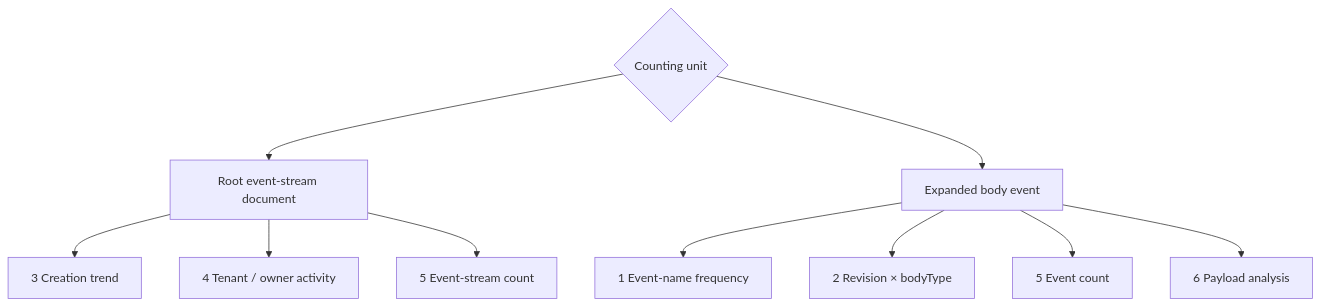
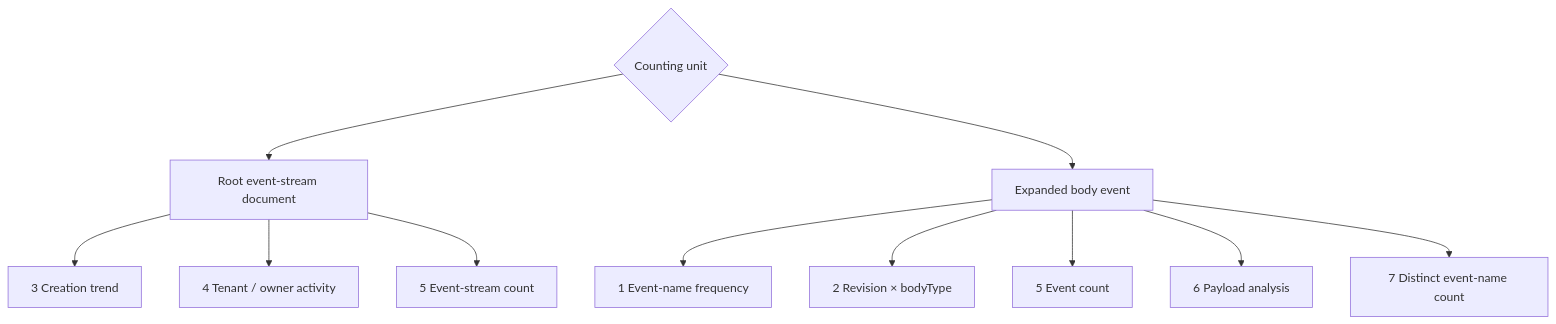
The diagram in documentation/docs/en/guide/query/event-stream-aggregation.md (Ahoo-Wang/Wow), drawn with Mermaid before and after one commit. The commit also changed other lines of this file and 34 other files, not shown here.

First line of the commit message:
feat(query): add distinct count, stddev, variance, median and percentile aggregation metrics (#3233)

````diff
--- a/documentation/docs/en/guide/query/event-stream-aggregation.md
+++ b/documentation/docs/en/guide/query/event-stream-aggregation.md
@@ -28,12 +28,13 @@
 ```mermaid
 flowchart TB
     Unit{"Counting unit"} --> Root["Root event-stream document"]
     Unit --> Event["Expanded body event"]
     Root --> S3["3 Creation trend"]
     Root --> S4["4 Tenant / owner activity"]
     Root --> S5Root["5 Event-stream count"]
     Event --> S1["1 Event-name frequency"]
     Event --> S2["2 Revision × bodyType"]
     Event --> S5Event["5 Event count"]
     Event --> S6["6 Payload analysis"]
+    Event --> S7["7 Distinct event-name count"]
 ```
````
